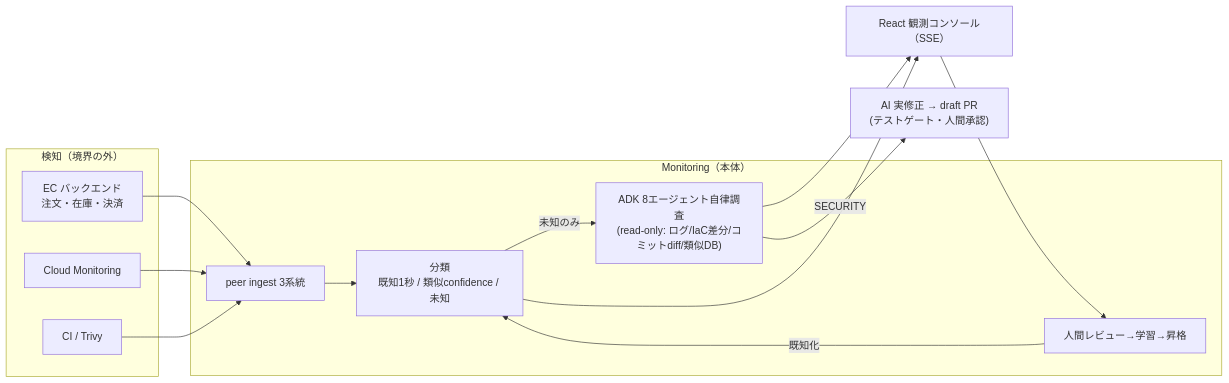
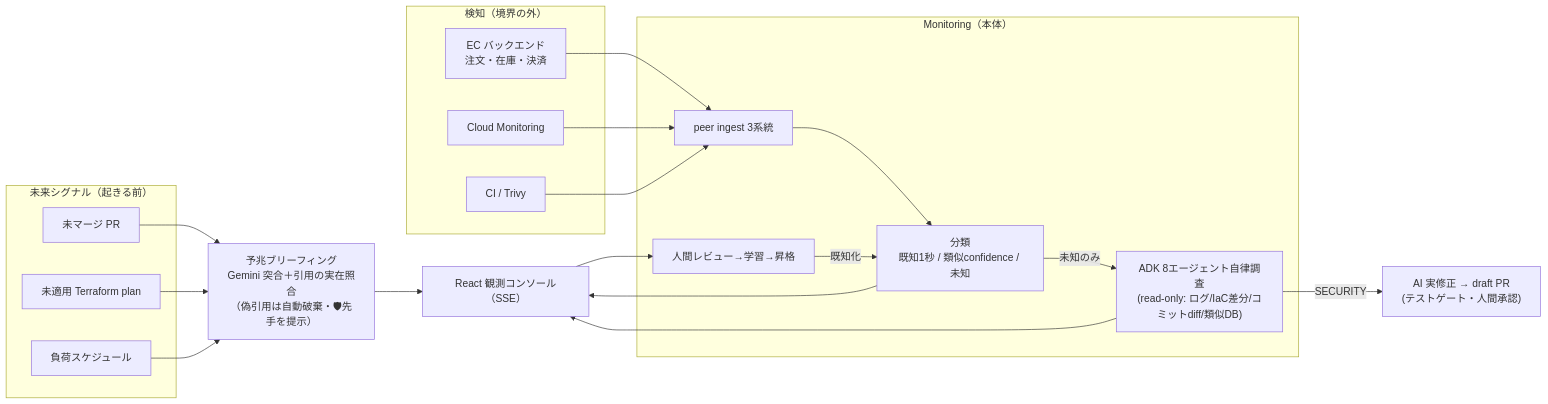
The diagram in README.md (nagoyamanaka/ec-monitoring-agent), drawn with Mermaid before and after one commit. The commit also changed other lines of this file and 4 other files, not shown here.

````diff
--- a/README.md
+++ b/README.md
@@ -19,21 +29,28 @@
 ```mermaid
 flowchart LR
+  subgraph future["未来シグナル（起きる前）"]
+    PR["未マージ PR"]
+    PLAN["未適用 Terraform plan"]
+    SCH["負荷スケジュール"]
+  end
+  FC["予兆ブリーフィング<br/>Gemini 突合＋引用の実在照合<br/>（偽引用は自動破棄・🛡先手を提示）"]
   subgraph detect["検知（境界の外）"]
     EC["EC バックエンド<br/>注文・在庫・決済"]
     CM["Cloud Monitoring"]
     CI["CI / Trivy"]
   end
   subgraph mon["Monitoring（本体）"]
     ING["peer ingest 3系統"]
     CLS["分類<br/>既知1秒 / 類似confidence / 未知"]
     ADK["ADK 8エージェント自律調査<br/>(read-only: ログ/IaC差分/コミットdiff/類似DB)"]
     FB["人間レビュー→学習→昇格"]
   end
   UI["React 観測コンソール（SSE）"]
   REM["AI 実修正 → draft PR<br/>(テストゲート・人間承認)"]
 
+  PR & PLAN & SCH --> FC --> UI
   EC & CM & CI --> ING --> CLS
   CLS -->|未知のみ| ADK --> UI
   CLS --> UI --> FB -->|既知化| CLS
   ADK -->|SECURITY| REM
 ```
````
